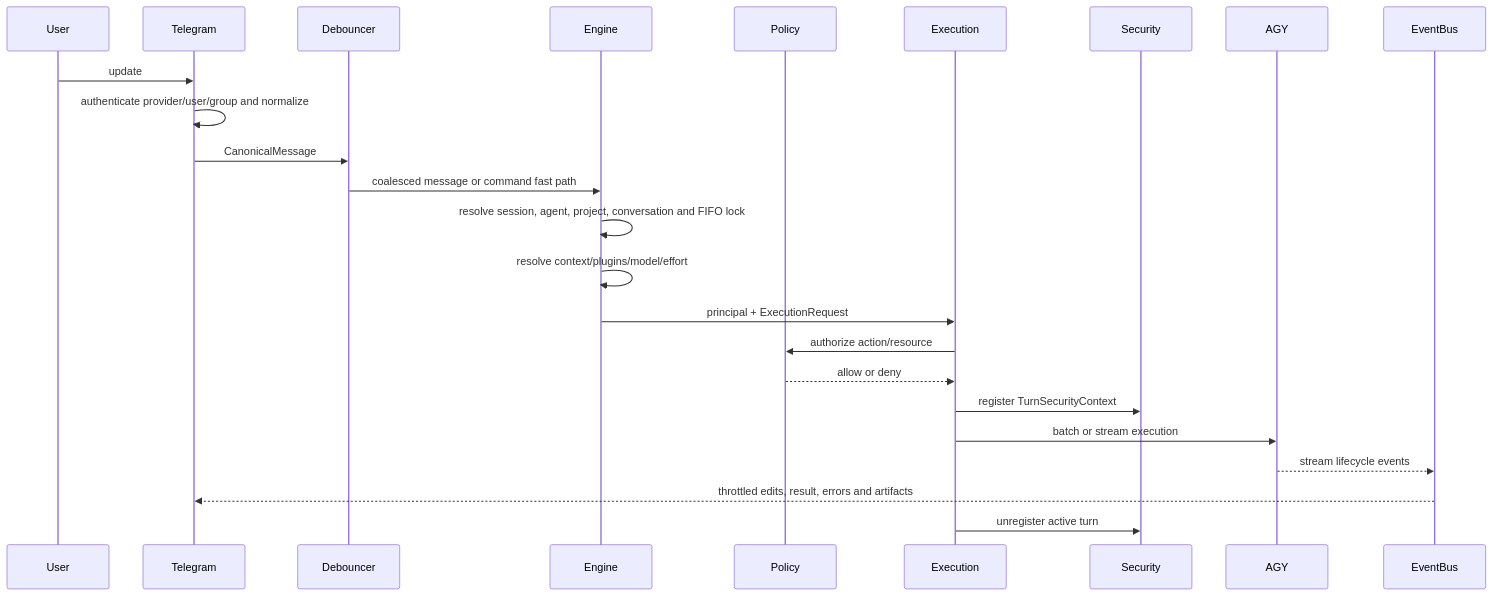
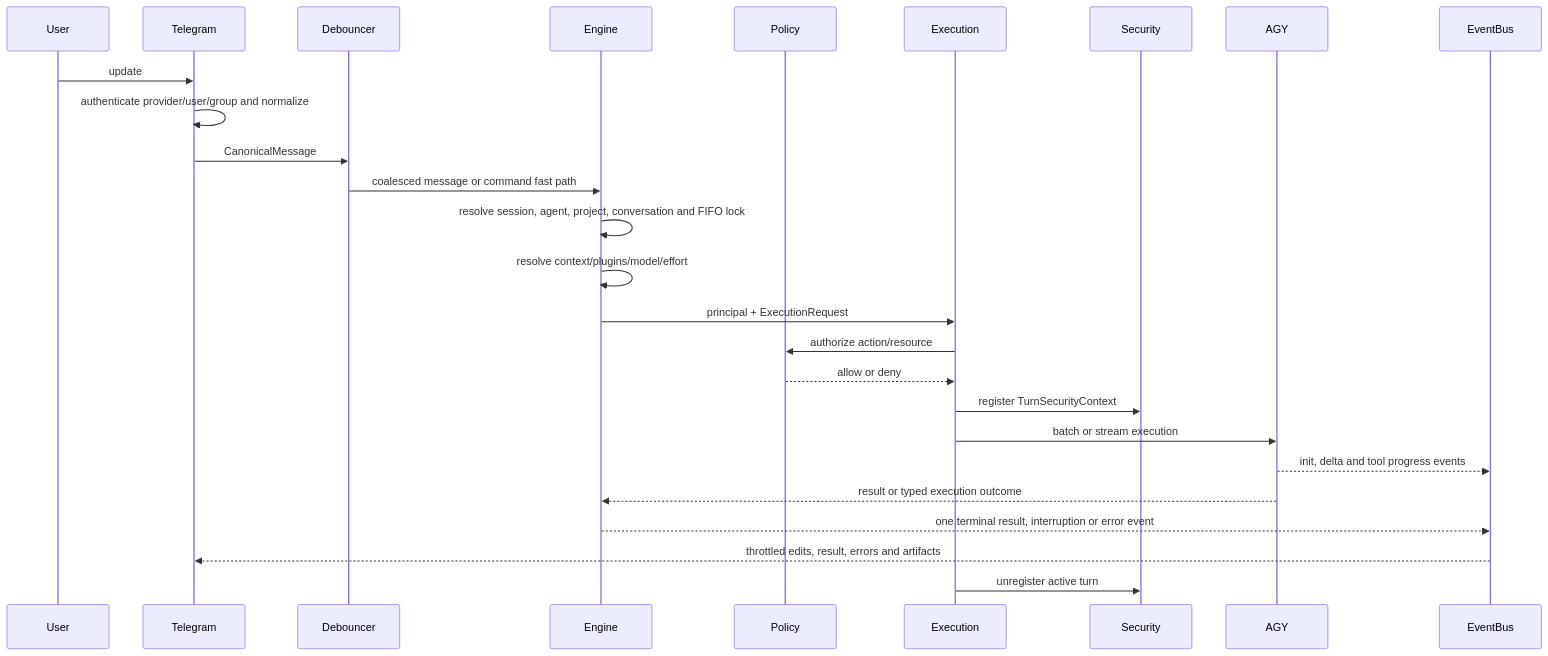
One commit to khanhbkqt/agyent changed the second of 2 diagrams in docs/architecture.md. Above: the diagram before and after it, drawn with Mermaid. The commit also changed other lines of this file and 37 other files, not shown here.

````diff
--- a/docs/architecture.md
+++ b/docs/architecture.md
@@ -65,27 +66,29 @@
 ```mermaid
 sequenceDiagram
     participant User
     participant Telegram
     participant Debouncer
     participant Engine
     participant Policy
     participant Execution
     participant Security
     participant AGY
     participant Bus as EventBus
 
     User->>Telegram: update
     Telegram->>Telegram: authenticate provider/user/group and normalize
     Telegram->>Debouncer: CanonicalMessage
     Debouncer->>Engine: coalesced message or command fast path
     Engine->>Engine: resolve session, agent, project, conversation and FIFO lock
     Engine->>Engine: resolve context/plugins/model/effort
     Engine->>Execution: principal + ExecutionRequest
     Execution->>Policy: authorize action/resource
     Policy-->>Execution: allow or deny
     Execution->>Security: register TurnSecurityContext
     Execution->>AGY: batch or stream execution
-    AGY-->>Bus: stream lifecycle events
+    AGY-->>Bus: init, delta and tool progress events
+    AGY-->>Engine: result or typed execution outcome
+    Engine-->>Bus: one terminal result, interruption or error event
     Bus-->>Telegram: throttled edits, result, errors and artifacts
     Execution->>Security: unregister active turn
 ```
````
